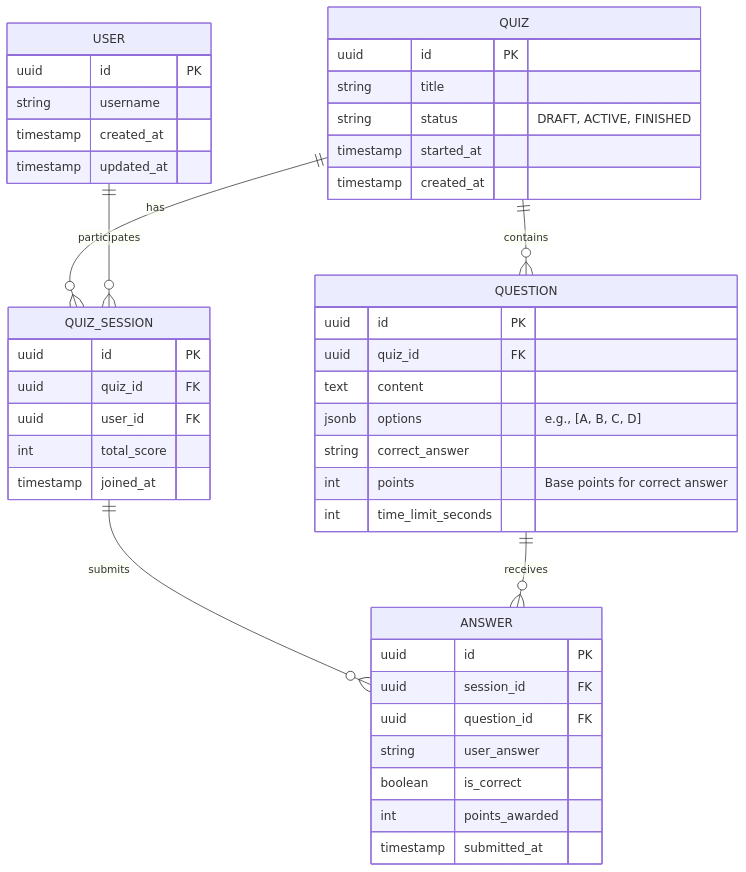
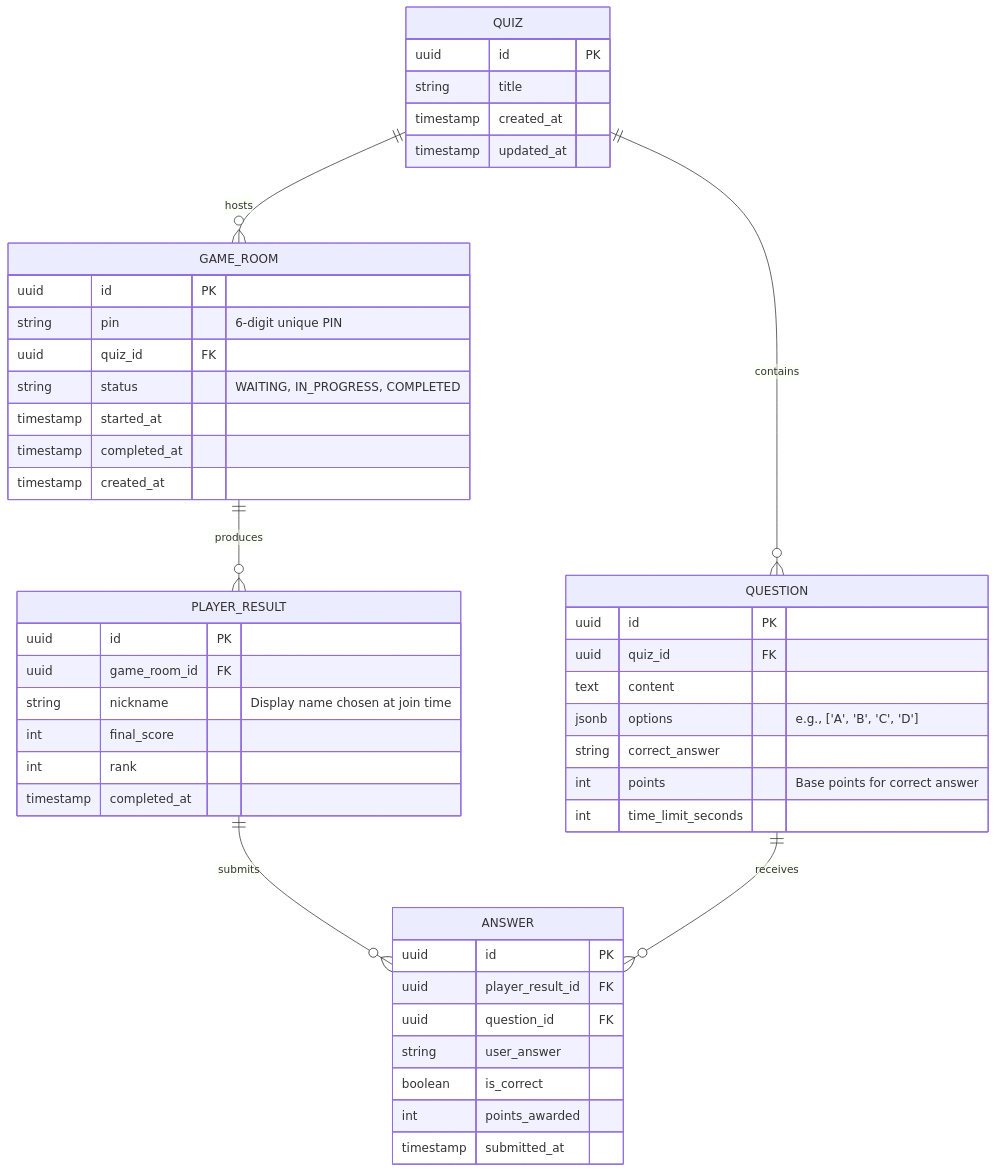
Before and after one commit to TuanTran102/Elsa-vocabulary-quiz: the diagram in .agents/docs/db_design.md, drawn with Mermaid. The commit also changed other lines of this file and 11 other files, not shown here.

Commit message:
refactor: redesign database schema and Redis state management to support anonymous guest players and game room PINs

````diff
--- a/.agents/docs/db_design.md
+++ b/.agents/docs/db_design.md
@@ -7,51 +9,54 @@
 ```mermaid
 erDiagram
-    USER {
-        uuid id PK
-        string username
-        timestamp created_at
-        timestamp updated_at
-    }
-
     QUIZ {
         uuid id PK
         string title
-        string status "DRAFT, ACTIVE, FINISHED"
-        timestamp started_at
         timestamp created_at
+        timestamp updated_at
     }
 
     QUESTION {
         uuid id PK
         uuid quiz_id FK
         text content
-        jsonb options "e.g., [A, B, C, D]"
+        jsonb options "e.g., ['A', 'B', 'C', 'D']"
         string correct_answer
         int points "Base points for correct answer"
         int time_limit_seconds
     }
 
-    QUIZ_SESSION {
+    GAME_ROOM {
         uuid id PK
+        string pin "6-digit unique PIN"
         uuid quiz_id FK
-        uuid user_id FK
-        int total_score
-        timestamp joined_at
+        string status "WAITING, IN_PROGRESS, COMPLETED"
+        timestamp started_at
+        timestamp completed_at
+        timestamp created_at
+    }
+
+    PLAYER_RESULT {
+        uuid id PK
+        uuid game_room_id FK
+        string nickname "Display name chosen at join time"
+        int final_score
+        int rank
+        timestamp completed_at
     }
 
     ANSWER {
         uuid id PK
-        uuid session_id FK
+        uuid player_result_id FK
         uuid question_id FK
         string user_answer
         boolean is_correct
         int points_awarded
         timestamp submitted_at
     }
 
     QUIZ ||--o{ QUESTION : "contains"
-    QUIZ ||--o{ QUIZ_SESSION : "has"
-    USER ||--o{ QUIZ_SESSION : "participates"
-    QUIZ_SESSION ||--o{ ANSWER : "submits"
+    QUIZ ||--o{ GAME_ROOM : "hosts"
+    GAME_ROOM ||--o{ PLAYER_RESULT : "produces"
+    PLAYER_RESULT ||--o{ ANSWER : "submits"
     QUESTION ||--o{ ANSWER : "receives"
 ```
````
